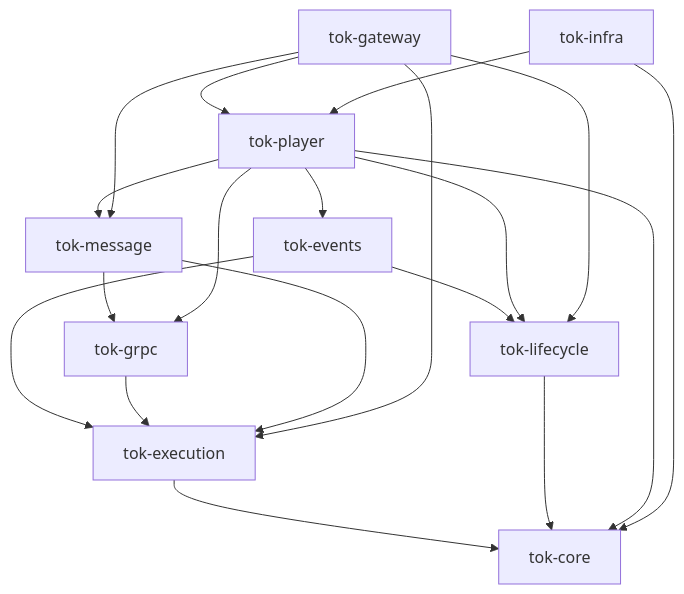
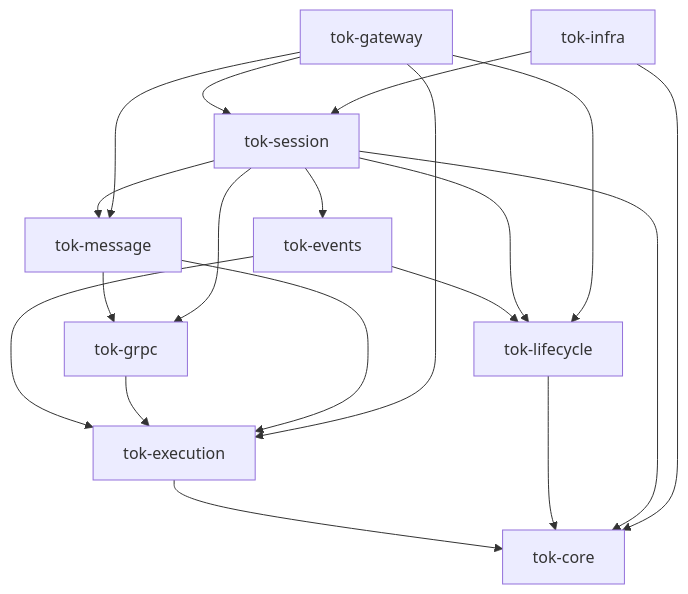
The diagram in docs/design.md (gmbytes/tok), drawn with Mermaid before and after one commit. The commit also changed other lines of this file and 130 other files, not shown here.

````diff
--- a/docs/design.md
+++ b/docs/design.md
@@ -38,21 +38,21 @@
 ```mermaid
 flowchart TD
     execution[tok-execution] --> core[tok-core]
     lifecycle[tok-lifecycle] --> core
-    player[tok-player] --> core
+    session[tok-session] --> core
     events[tok-events] --> execution
     events --> lifecycle
     grpc[tok-grpc] --> execution
     message[tok-message] --> execution
     message --> grpc
-    player --> message
-    player --> grpc
-    player --> events
-    player --> lifecycle
+    session --> message
+    session --> grpc
+    session --> events
+    session --> lifecycle
     gateway[tok-gateway] --> execution
     gateway --> lifecycle
-    gateway --> player
+    gateway --> session
     gateway --> message
     infra[tok-infra] --> core
-    infra --> player
+    infra --> session
 ```
````
